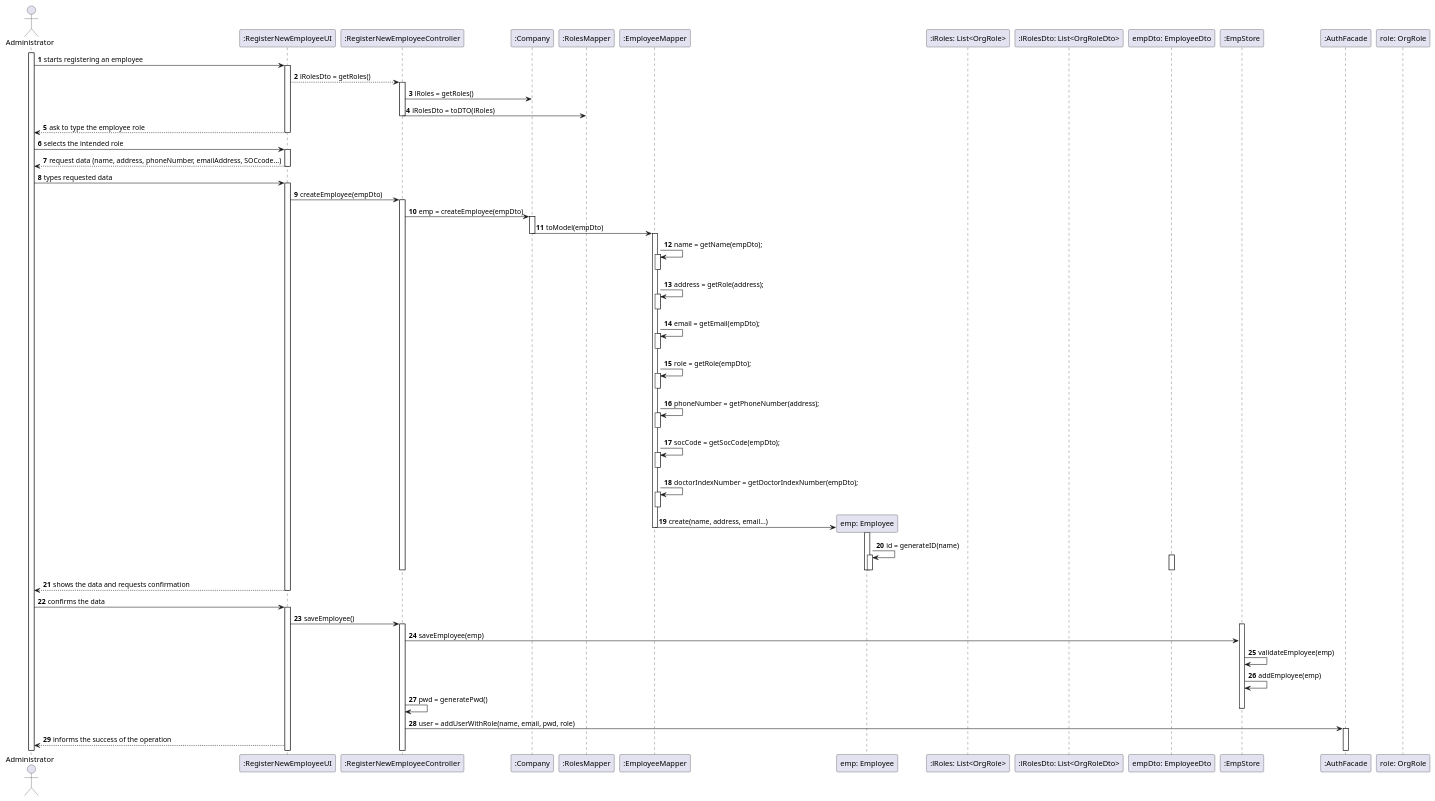
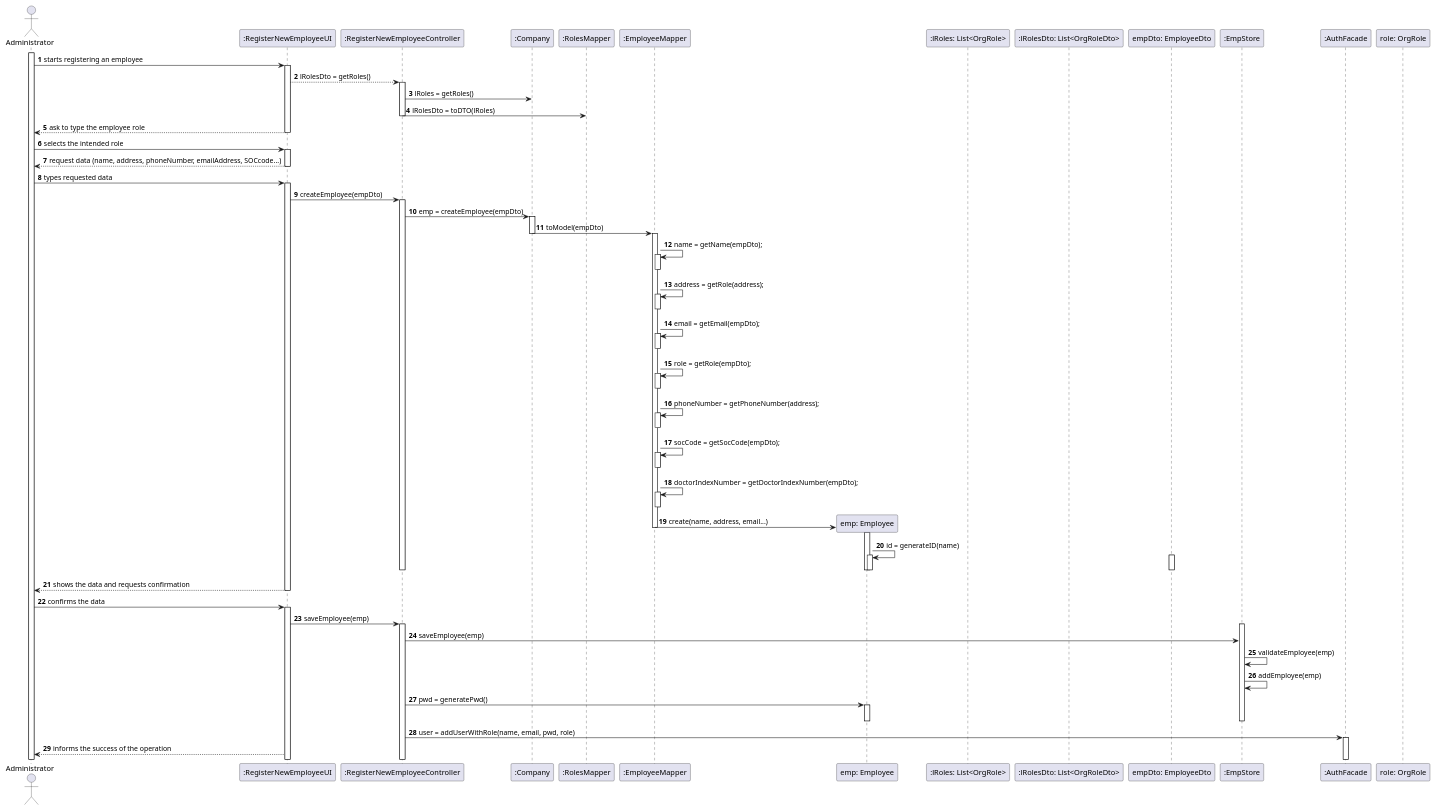
Before and after one commit to 0franciscor/lei-21-s2-1de-g19: the diagram in docs/SprintB/US07/US07-SD.puml, drawn with PlantUML. The commit also changed 14 other files, not shown here.

```diff
--- a/docs/SprintB/US07/US07-SD.puml
+++ b/docs/SprintB/US07/US07-SD.puml
@@ -1,91 +1,93 @@
 @startuml
 'https://plantuml.com/sequence-diagram
 
 autonumber
 actor "Administrator" as A
 
 activate A
 A -> ":RegisterNewEmployeeUI" : starts registering an employee
 activate ":RegisterNewEmployeeUI"
 ":RegisterNewEmployeeUI" --> ":RegisterNewEmployeeController" : lRolesDto = getRoles()
 activate ":RegisterNewEmployeeController"
 ":RegisterNewEmployeeController" -> ":Company" : lRoles = getRoles()
 ":RegisterNewEmployeeController" -> ":RolesMapper" : lRolesDto = toDTO(lRoles)
 deactivate ":RegisterNewEmployeeController"
 ":RegisterNewEmployeeUI" --> A : ask to type the employee role
 deactivate ":RegisterNewEmployeeUI"
 A -> ":RegisterNewEmployeeUI" : selects the intended role
 activate ":RegisterNewEmployeeUI"
 ":RegisterNewEmployeeUI" --> A : request data (name, address, phoneNumber, emailAddress, SOCcode...)
 deactivate ":RegisterNewEmployeeUI"
 A -> ":RegisterNewEmployeeUI" : types requested data
 activate ":RegisterNewEmployeeUI"
 ":RegisterNewEmployeeUI" -> ":RegisterNewEmployeeController" : createEmployee(empDto)
 activate ":RegisterNewEmployeeController"
 
 
 ":RegisterNewEmployeeController" -> ":Company" : emp = createEmployee(empDto)
 activate ":Company"
 ":Company" -> ":EmployeeMapper" : toModel(empDto)
 deactivate ":Company"
 activate ":EmployeeMapper"
 ":EmployeeMapper" -> ":EmployeeMapper" : name = getName(empDto);
 activate ":EmployeeMapper"
 deactivate ":EmployeeMapper"
 ":EmployeeMapper" -> ":EmployeeMapper" : address = getRole(address);
 activate ":EmployeeMapper"
 deactivate ":EmployeeMapper"
 ":EmployeeMapper" -> ":EmployeeMapper" : email = getEmail(empDto);
 activate ":EmployeeMapper"
 deactivate ":EmployeeMapper"
 ":EmployeeMapper" -> ":EmployeeMapper" : role = getRole(empDto);
 activate ":EmployeeMapper"
 deactivate ":EmployeeMapper"
 ":EmployeeMapper" -> ":EmployeeMapper" : phoneNumber = getPhoneNumber(address);
 activate ":EmployeeMapper"
 deactivate ":EmployeeMapper"
 ":EmployeeMapper" -> ":EmployeeMapper" : socCode = getSocCode(empDto);
 activate ":EmployeeMapper"
 deactivate ":EmployeeMapper"
 ":EmployeeMapper" -> ":EmployeeMapper" : doctorIndexNumber = getDoctorIndexNumber(empDto);
 activate ":EmployeeMapper"
 deactivate ":EmployeeMapper"
 create "emp: Employee"
 ":EmployeeMapper" -> "emp: Employee" : create(name, address, email...)
 deactivate ":EmployeeMapper"
 activate "emp: Employee"
 "emp: Employee" -> "emp: Employee" : id = generateID(name)
 activate "emp: Employee"
 deactivate "emp: Employee"
 deactivate "emp: Employee"
 deactivate ":RegisterNewEmployeeController"
 participant ":lRoles: List<OrgRole>"
 participant ":lRolesDto: List<OrgRoleDto>"
 
 
 activate "empDto: EmployeeDto"
 deactivate "empDto: EmployeeDto"
 
 
 deactivate "empDto: EmployeeDto"
 
 deactivate ":Company"
 deactivate "role: OrgRole"
 ":RegisterNewEmployeeUI" --> A : shows the data and requests confirmation
 deactivate ":RegisterNewEmployeeUI"
 A -> ":RegisterNewEmployeeUI" : confirms the data
 activate ":RegisterNewEmployeeUI"
-":RegisterNewEmployeeUI" -> ":RegisterNewEmployeeController" : saveEmployee()
+":RegisterNewEmployeeUI" -> ":RegisterNewEmployeeController" : saveEmployee(emp)
 activate ":RegisterNewEmployeeController"
 activate ":EmpStore"
 ":RegisterNewEmployeeController" -> ":EmpStore" : saveEmployee(emp)
 ":EmpStore" -> ":EmpStore" : validateEmployee(emp)
 ":EmpStore" -> ":EmpStore" : addEmployee(emp)
-":RegisterNewEmployeeController" -> ":RegisterNewEmployeeController" : pwd = generatePwd()
+":RegisterNewEmployeeController" -> "emp: Employee" : pwd = generatePwd()
+activate "emp: Employee"
+deactivate "emp: Employee"
 deactivate ":EmpStore"
 ":RegisterNewEmployeeController" -> ":AuthFacade" : user = addUserWithRole(name, email, pwd, role)
 activate ":AuthFacade"
 
 ":RegisterNewEmployeeUI" --> A : informs the success of the operation
 participant "role: OrgRole"
 @enduml
```
